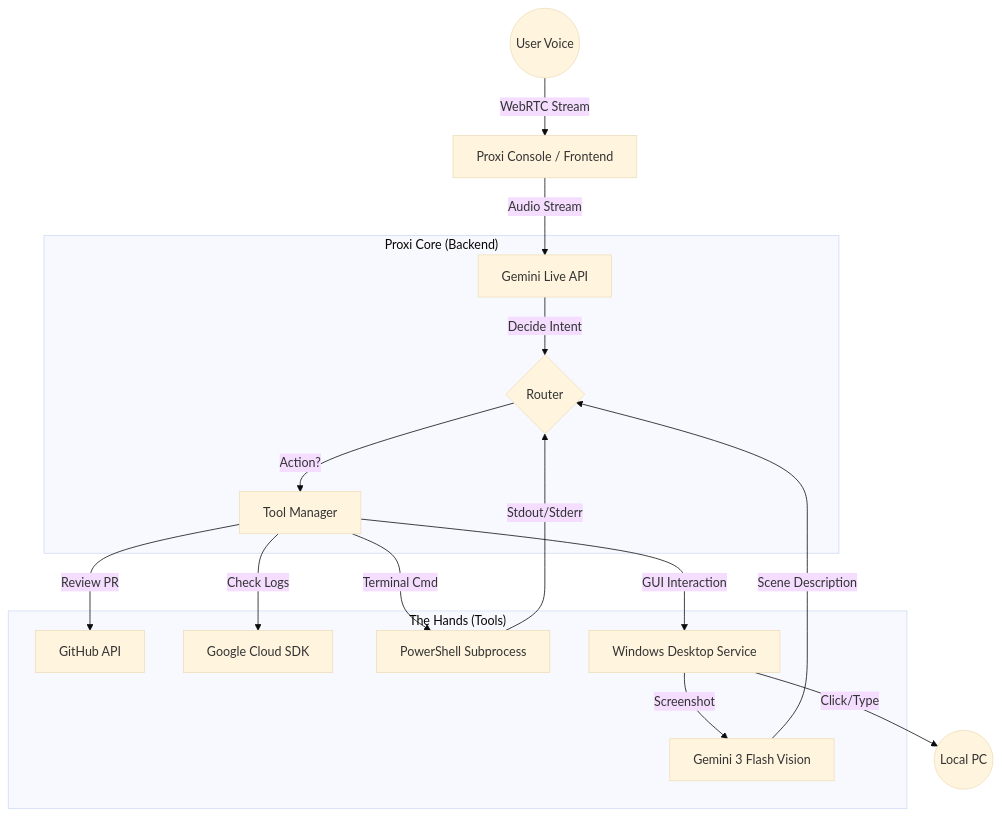
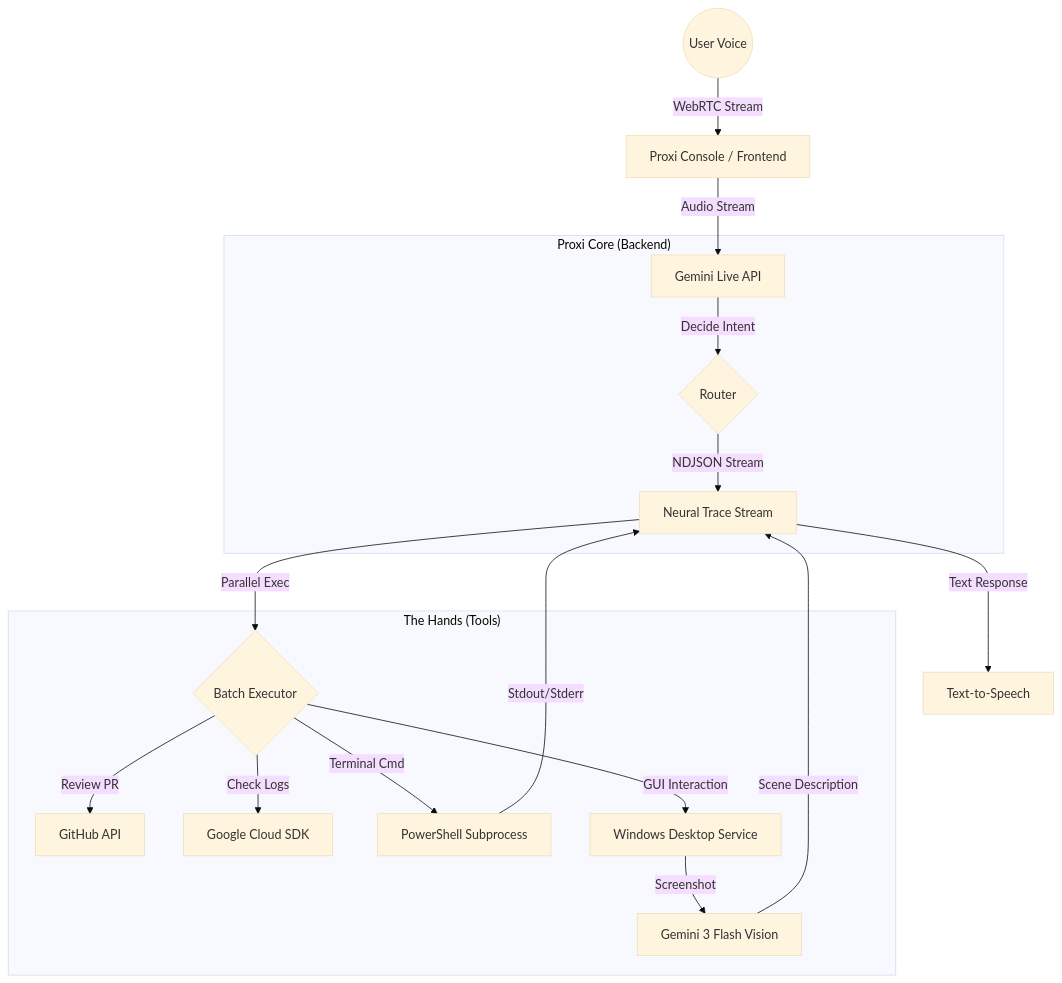
The diagram in README.md (vermamanoj/proxi-ai), drawn with Mermaid (base theme) before and after one commit. The commit also changed other lines of this file and 1 other file, not shown here.

````diff
--- a/README.md
+++ b/README.md
@@ -120,22 +103,23 @@
 ```mermaid
 graph TD
     User((User Voice)) -->|WebRTC Stream| Bridge[Proxi Console / Frontend]
     Bridge -->|Audio Stream| Gemini[Gemini Live API]
     
     subgraph "Proxi Core (Backend)"
         Gemini -->|Decide Intent| Router{Router}
-        Router -->|Action?| Tools[Tool Manager]
+        Router -->|NDJSON Stream| Trace[Neural Trace Stream]
     end
     
     subgraph "The Hands (Tools)"
-        Tools -->|Review PR| GitHub[GitHub API]
-        Tools -->|Check Logs| GCP[Google Cloud SDK]
-        Tools -->|Terminal Cmd| Shell[PowerShell Subprocess]
-        Tools -->|GUI Interaction| Ghost[Windows Desktop Service]
+        Trace -->|Parallel Exec| ToolBatch{Batch Executor}
+        ToolBatch -->|Review PR| GitHub[GitHub API]
+        ToolBatch -->|Check Logs| GCP[Google Cloud SDK]
+        ToolBatch -->|Terminal Cmd| Shell[PowerShell Subprocess]
+        ToolBatch -->|GUI Interaction| Ghost[Windows Desktop Service]
         Ghost -->|Screenshot| Vision[Gemini 3 Flash Vision]
     end
     
-    Shell -->|Stdout/Stderr| Router
-    Vision -->|Scene Description| Router
-    Ghost -->|Click/Type| Desktop((Local PC))
+    Shell -->|Stdout/Stderr| Trace
+    Vision -->|Scene Description| Trace
+    Trace -->|Text Response| TTS[Text-to-Speech]
 ```
````
